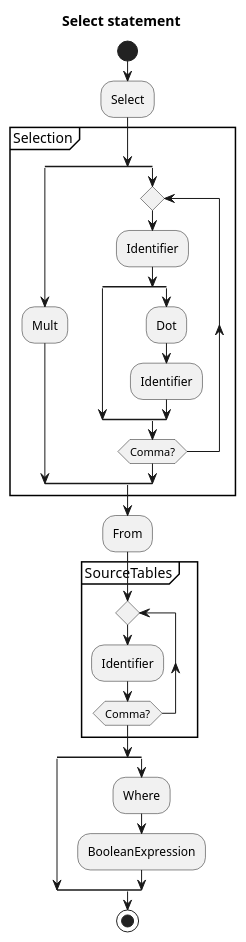
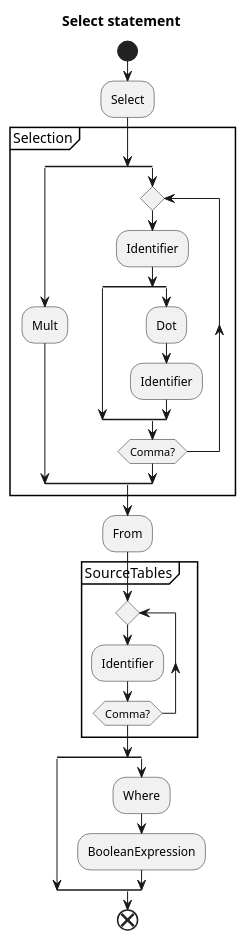
One commit to lichterberci/rust_learning changed the third of 12 diagrams in dbms/query_lang_compiler_notes.md. Above: the diagram before and after it, drawn with PlantUML. The commit also changed other lines of this file and 4 other files, not shown here.

````diff
--- a/dbms/query_lang_compiler_notes.md
+++ b/dbms/query_lang_compiler_notes.md
@@ -74,33 +74,33 @@
 ```plantuml
 @startuml Select statement
 title Select statement
 start
 :Select;
 partition Selection {
 split
 :Mult;
 split again
 repeat
 :Identifier;
 split
 split again
 :Dot;
 :Identifier;
 end split
 repeat while (Comma?)
 end split
 }
 :From;
 partition SourceTables {
 repeat
 :Identifier;
 repeat while (Comma?)
 }
 split
 split again
 :Where;
 :BooleanExpression;
 end split
-stop
+end
 @enduml
 ```
````
